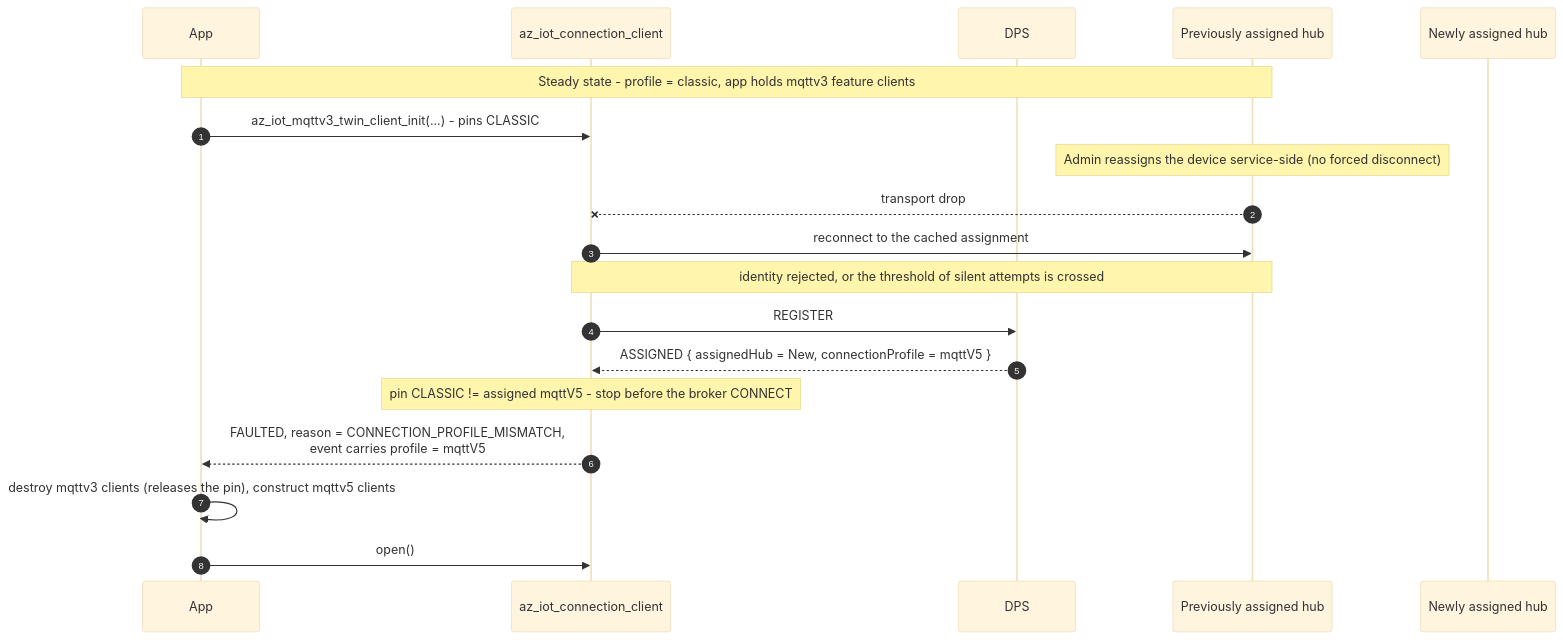
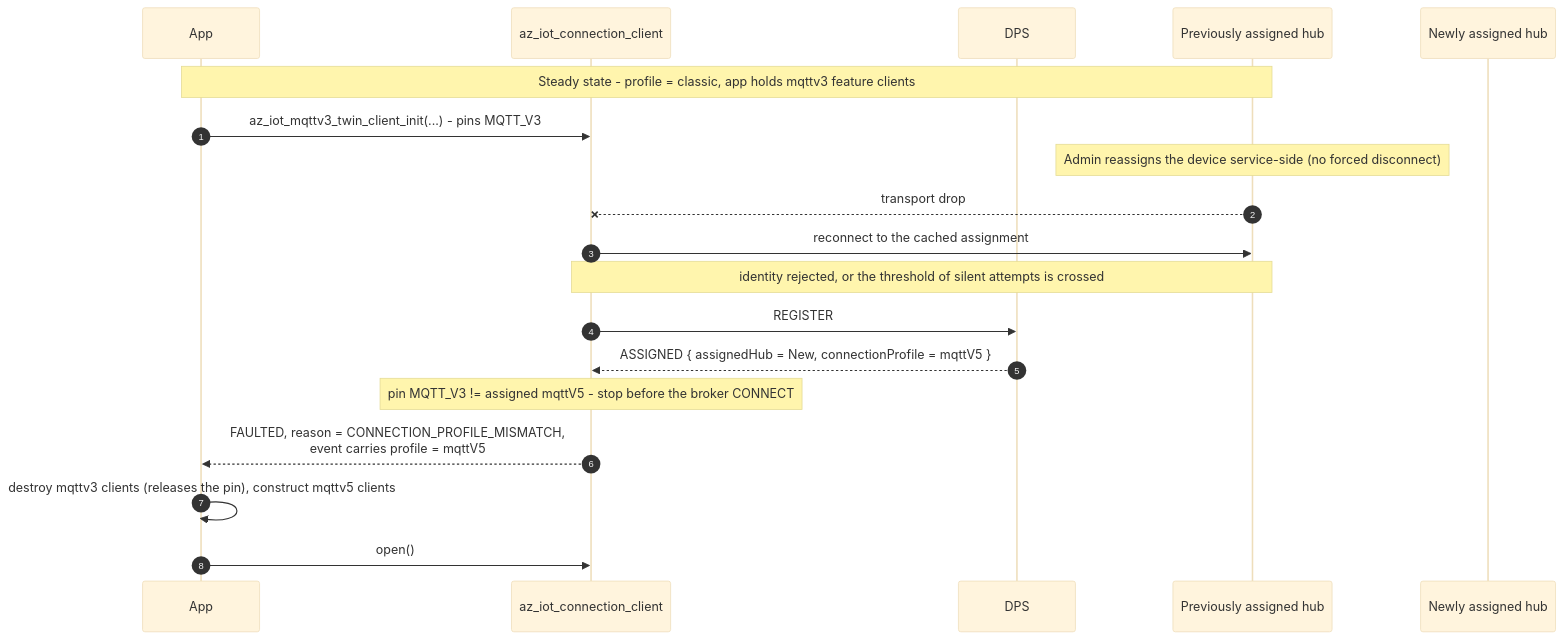
Before and after one commit to Azure/azure-iot-sdk: the second of 2 diagrams in c/docs/eng/client-separation.md, drawn with Mermaid (base theme). The commit also changed other lines of this file and 98 other files, not shown here.

````diff
--- a/c/docs/eng/client-separation.md
+++ b/c/docs/eng/client-separation.md
@@ -631,23 +631,23 @@
 ```mermaid
 sequenceDiagram
     autonumber
     participant App
     participant Conn as az_iot_connection_client
     participant DPS
     participant Old as Previously assigned hub
     participant New as Newly assigned hub
 
     Note over App,Old: Steady state - profile = classic, app holds mqttv3 feature clients
-    App->>Conn: az_iot_mqttv3_twin_client_init(...) - pins CLASSIC
+    App->>Conn: az_iot_mqttv3_twin_client_init(...) - pins MQTT_V3
 
     Note over Old: Admin reassigns the device service-side (no forced disconnect)
     Old--xConn: transport drop
     Conn->>Old: reconnect to the cached assignment
     Note over Conn,Old: identity rejected, or the threshold of silent attempts is crossed
     Conn->>DPS: REGISTER
     DPS-->>Conn: ASSIGNED { assignedHub = New, connectionProfile = mqttV5 }
-    Note over Conn: pin CLASSIC != assigned mqttV5 - stop before the broker CONNECT
+    Note over Conn: pin MQTT_V3 != assigned mqttV5 - stop before the broker CONNECT
     Conn-->>App: FAULTED, reason = CONNECTION_PROFILE_MISMATCH,<br/>event carries profile = mqttV5
     App->>App: destroy mqttv3 clients (releases the pin), construct mqttv5 clients
     App->>Conn: open()
 ```
````
